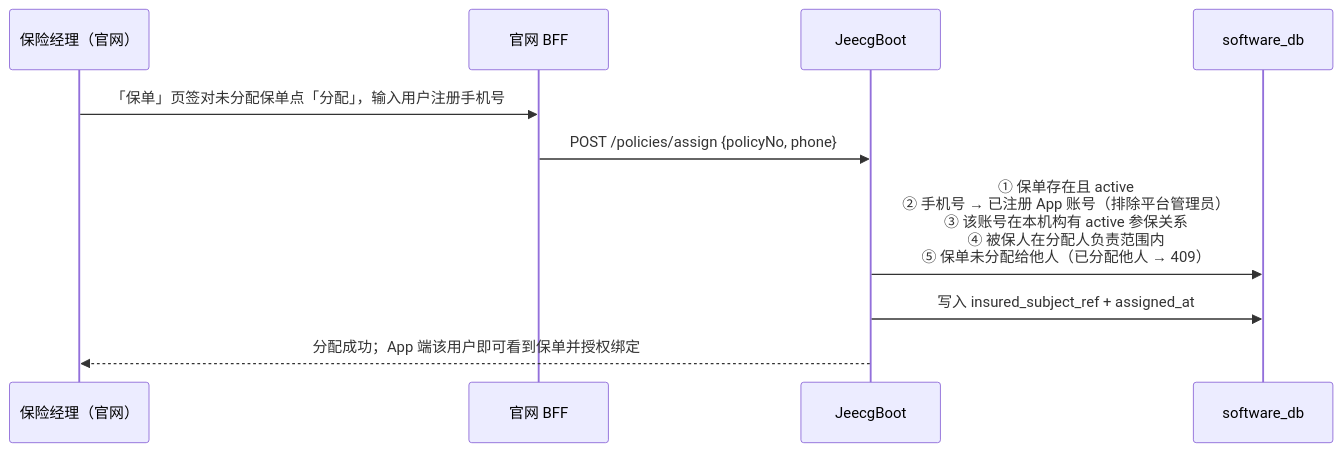
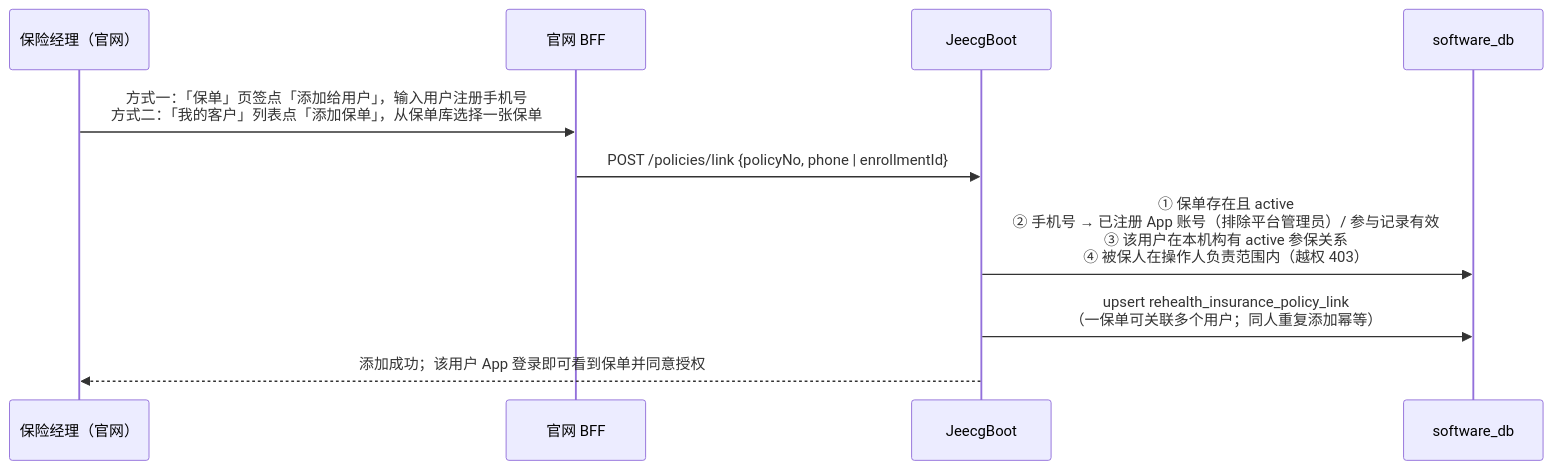
The fourth of 7 diagrams in docs/保险侧保单创建与派发流程.md (wjmlong/rehealth_tongbu), drawn with Mermaid before and after one commit. The commit also changed other lines of this file and 19 other files, not shown here.

````diff
--- a/docs/保险侧保单创建与派发流程.md
+++ b/docs/保险侧保单创建与派发流程.md
@@ -114,12 +105,12 @@
 ```mermaid
 sequenceDiagram
     participant M as 保险经理（官网）
     participant BFF as 官网 BFF
     participant JEE as JeecgBoot
     participant DB as software_db
-    M->>BFF: 「保单」页签对未分配保单点「分配」，输入用户注册手机号
-    BFF->>JEE: POST /policies/assign {policyNo, phone}
-    JEE->>DB: ① 保单存在且 active<br>② 手机号 → 已注册 App 账号（排除平台管理员）<br>③ 该账号在本机构有 active 参保关系<br>④ 被保人在分配人负责范围内<br>⑤ 保单未分配给他人（已分配他人 → 409）
-    JEE->>DB: 写入 insured_subject_ref + assigned_at
-    JEE-->>M: 分配成功；App 端该用户即可看到保单并授权绑定
+    M->>BFF: 方式一：「保单」页签点「添加给用户」，输入用户注册手机号<br>方式二：「我的客户」列表点「添加保单」，从保单库选择一张保单
+    BFF->>JEE: POST /policies/link {policyNo, phone | enrollmentId}
+    JEE->>DB: ① 保单存在且 active<br>② 手机号 → 已注册 App 账号（排除平台管理员）/ 参与记录有效<br>③ 该用户在本机构有 active 参保关系<br>④ 被保人在操作人负责范围内（越权 403）
+    JEE->>DB: upsert rehealth_insurance_policy_link<br>（一保单可关联多个用户；同人重复添加幂等）
+    JEE-->>M: 添加成功；该用户 App 登录即可看到保单并同意授权
 ```
````
